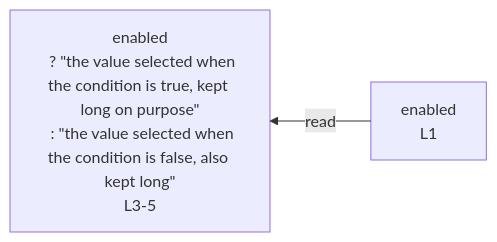
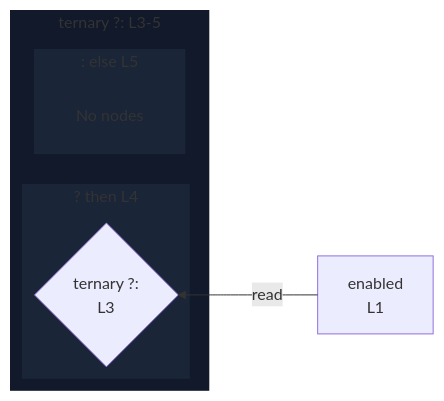
Before and after one commit to crescware/unsnarl: the diagram in integration/fixtures/expression-statement/conditional/preview.md, drawn with Mermaid. The commit also changed 163 other files, not shown here.

````diff
--- a/integration/fixtures/expression-statement/conditional/preview.md
+++ b/integration/fixtures/expression-statement/conditional/preview.md
@@ -15,9 +15,24 @@
 ```mermaid
 %%{init: {"flowchart": {"defaultRenderer": "elk"}}}%%
 flowchart RL
   n_scope_0_enabled_6["enabled<br/>L1"]
-  n_scope_0_enabled_6 -->|read| expr_stmt_23
-  expr_stmt_23["enabled
-  ? &quot;the value selected when the condition is true, kept long on purpose&quot;
-  : &quot;the value selected when the condition is false, also kept long&quot;<br/>L3-5"]
+  subgraph cont_ternary_scope_0_23["ternary ?: L3-5"]
+    direction RL
+    subgraph s_scope_1["? then L4"]
+      direction RL
+      ternary_test_scope_0_23{"ternary ?:<br/>L3"}
+    end
+    subgraph s_scope_2[": else L5"]
+      direction RL
+      elk_empty_s_scope_2["No nodes"]
+    end
+  end
+  n_scope_0_enabled_6 -->|read| ternary_test_scope_0_23
+  classDef nestL1 fill:#11192a,stroke:transparent;
+  class cont_ternary_scope_0_23 nestL1;
+  classDef nestL2 fill:#1a2538,stroke:transparent;
+  class s_scope_1 nestL2;
+  class s_scope_2 nestL2;
+  classDef elkEmptyPlaceholder fill:transparent,stroke:transparent;
+  class elk_empty_s_scope_2 elkEmptyPlaceholder;
 ```
````
